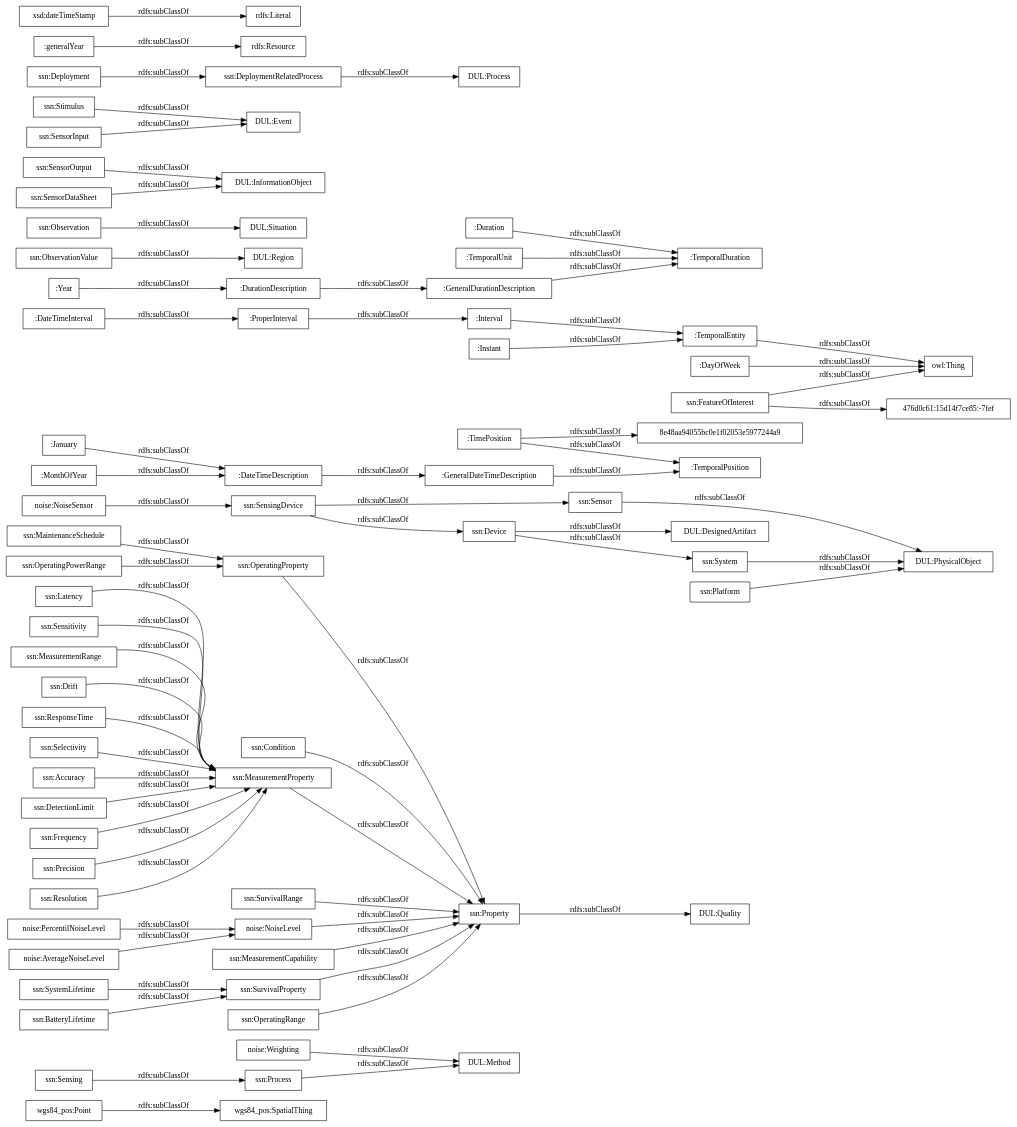
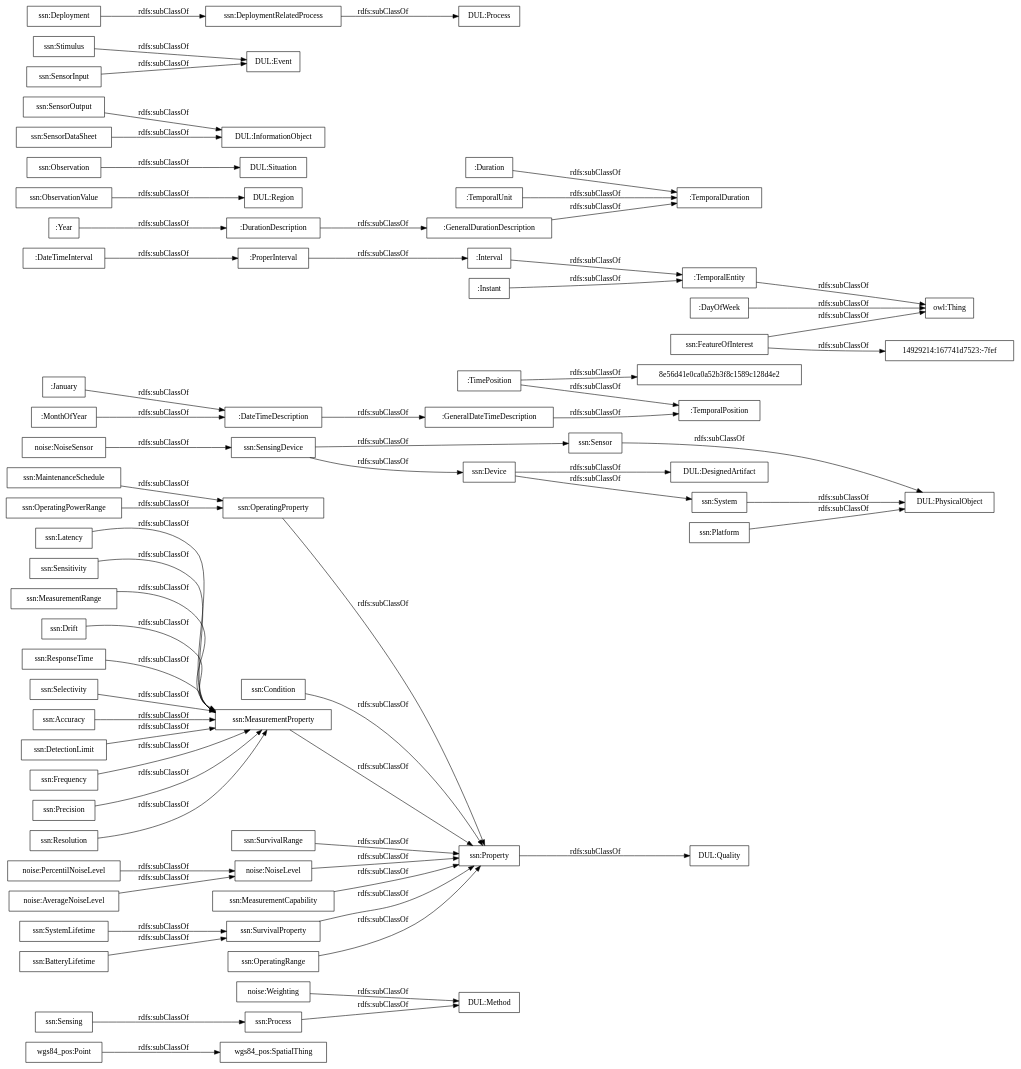
Before and after one commit to opencitydata/vocab-medio-ambiente-contaminacion-acustica: the diagram in OnToology/contaminacion-acustica.owl/diagrams/ar2dtool-taxonomy/contaminacion-acustica.owl.png.dot, drawn with Graphviz. The commit also changed 13 other files, not shown here.

```diff
--- a/OnToology/contaminacion-acustica.owl/diagrams/ar2dtool-taxonomy/contaminacion-acustica.owl.png.dot
+++ b/OnToology/contaminacion-acustica.owl/diagrams/ar2dtool-taxonomy/contaminacion-acustica.owl.png.dot
@@ -1,73 +1,71 @@
 digraph ar2dtool_diagram { 
 rankdir=LR;
 size="1000"
-node [shape = rectangle, color="black"]; "wgs84_pos:SpatialThing" "wgs84_pos:Point" "noise:Weighting" "noise:PercentilNoiseLevel" "noise:NoiseSensor" "noise:NoiseLevel" "noise:AverageNoiseLevel" ":GeneralDateTimeDescription" ":DateTimeInterval" ":DurationDescription" "8e48aa94055bc0e1f02053e5977244a9" ":TemporalDuration" ":Duration" ":GeneralDurationDescription" ":January" ":ProperInterval" ":TimePosition" ":TemporalPosition" ":Interval" ":TemporalEntity" ":Year" ":MonthOfYear" ":DateTimeDescription" ":TemporalUnit" ":Instant" ":DayOfWeek" "ssn:Accuracy" "ssn:DetectionLimit" "ssn:Frequency" "ssn:Condition" "DUL:Region" "DUL:Situation" "DUL:PhysicalObject" "ssn:SensorOutput" "ssn:Precision" "ssn:Resolution" "DUL:Quality" "ssn:FeatureOfInterest" "ssn:Sensor" "DUL:InformationObject" "476d0c61:15d14f7ce85:-7fef" "ssn:OperatingProperty" "DUL:Event" "ssn:OperatingPowerRange" "DUL:Method" "ssn:MaintenanceSchedule" "ssn:Sensing" "ssn:Latency" "ssn:SurvivalRange" "ssn:SensingDevice" "DUL:DesignedArtifact" "ssn:Sensitivity" "ssn:Stimulus" "DUL:Process" "ssn:MeasurementRange" "ssn:System" "ssn:SystemLifetime" "ssn:Property" "ssn:MeasurementProperty" "ssn:Process" "ssn:Deployment" "ssn:MeasurementCapability" "ssn:BatteryLifetime" "ssn:Drift" "ssn:DeploymentRelatedProcess" "ssn:SensorInput" "ssn:ResponseTime" "ssn:ObservationValue" "ssn:SensorDataSheet" "ssn:Observation" "ssn:Selectivity" "ssn:SurvivalProperty" "ssn:Device" "ssn:OperatingRange" "ssn:Platform" ; /*classes style*/
+node [shape = rectangle, color="black"]; "wgs84_pos:SpatialThing" "wgs84_pos:Point" "noise:Weighting" "noise:PercentilNoiseLevel" "noise:NoiseSensor" "noise:NoiseLevel" "noise:AverageNoiseLevel" ":GeneralDateTimeDescription" ":DateTimeInterval" ":DurationDescription" ":TemporalDuration" ":Duration" ":GeneralDurationDescription" ":January" ":ProperInterval" ":TimePosition" ":TemporalPosition" ":Interval" ":TemporalEntity" ":Year" "8e56d41e0ca0a52b3f8c1589c128d4e2" ":MonthOfYear" ":DateTimeDescription" ":TemporalUnit" ":Instant" ":DayOfWeek" "ssn:Accuracy" "ssn:DetectionLimit" "ssn:Frequency" "ssn:Condition" "DUL:Region" "DUL:Situation" "DUL:PhysicalObject" "ssn:SensorOutput" "ssn:Precision" "ssn:Resolution" "DUL:Quality" "ssn:FeatureOfInterest" "ssn:Sensor" "DUL:InformationObject" "ssn:OperatingProperty" "DUL:Event" "ssn:OperatingPowerRange" "DUL:Method" "ssn:MaintenanceSchedule" "ssn:Sensing" "ssn:Latency" "ssn:SurvivalRange" "ssn:SensingDevice" "DUL:DesignedArtifact" "ssn:Sensitivity" "ssn:Stimulus" "DUL:Process" "ssn:MeasurementRange" "ssn:System" "ssn:SystemLifetime" "ssn:Property" "ssn:MeasurementProperty" "ssn:Process" "ssn:Deployment" "ssn:MeasurementCapability" "ssn:BatteryLifetime" "ssn:Drift" "ssn:DeploymentRelatedProcess" "ssn:SensorInput" "ssn:ResponseTime" "ssn:ObservationValue" "14929214:167741d7523:-7fef" "ssn:SensorDataSheet" "ssn:Observation" "ssn:Selectivity" "ssn:SurvivalProperty" "ssn:Device" "ssn:OperatingRange" "ssn:Platform" ; /*classes style*/
 	":DateTimeDescription" -> ":GeneralDateTimeDescription" [ label = "rdfs:subClassOf" ];
 	"noise:AverageNoiseLevel" -> "noise:NoiseLevel" [ label = "rdfs:subClassOf" ];
 	"ssn:Deployment" -> "ssn:DeploymentRelatedProcess" [ label = "rdfs:subClassOf" ];
 	"ssn:SensingDevice" -> "ssn:Sensor" [ label = "rdfs:subClassOf" ];
 	"ssn:SensingDevice" -> "ssn:Device" [ label = "rdfs:subClassOf" ];
 	"ssn:DeploymentRelatedProcess" -> "DUL:Process" [ label = "rdfs:subClassOf" ];
 	"ssn:Accuracy" -> "ssn:MeasurementProperty" [ label = "rdfs:subClassOf" ];
 	":Instant" -> ":TemporalEntity" [ label = "rdfs:subClassOf" ];
 	"ssn:FeatureOfInterest" -> "owl:Thing" [ label = "rdfs:subClassOf" ];
-	"ssn:FeatureOfInterest" -> "476d0c61:15d14f7ce85:-7fef" [ label = "rdfs:subClassOf" ];
+	"ssn:FeatureOfInterest" -> "14929214:167741d7523:-7fef" [ label = "rdfs:subClassOf" ];
 	"ssn:Latency" -> "ssn:MeasurementProperty" [ label = "rdfs:subClassOf" ];
 	"ssn:Process" -> "DUL:Method" [ label = "rdfs:subClassOf" ];
 	"noise:Weighting" -> "DUL:Method" [ label = "rdfs:subClassOf" ];
 	":ProperInterval" -> ":Interval" [ label = "rdfs:subClassOf" ];
 	"ssn:Property" -> "DUL:Quality" [ label = "rdfs:subClassOf" ];
 	"ssn:MeasurementProperty" -> "ssn:Property" [ label = "rdfs:subClassOf" ];
 	"wgs84_pos:Point" -> "wgs84_pos:SpatialThing" [ label = "rdfs:subClassOf" ];
 	":MonthOfYear" -> ":DateTimeDescription" [ label = "rdfs:subClassOf" ];
 	"ssn:ResponseTime" -> "ssn:MeasurementProperty" [ label = "rdfs:subClassOf" ];
 	"ssn:OperatingRange" -> "ssn:Property" [ label = "rdfs:subClassOf" ];
 	"noise:NoiseLevel" -> "ssn:Property" [ label = "rdfs:subClassOf" ];
 	"ssn:MeasurementRange" -> "ssn:MeasurementProperty" [ label = "rdfs:subClassOf" ];
 	"ssn:Stimulus" -> "DUL:Event" [ label = "rdfs:subClassOf" ];
 	":Duration" -> ":TemporalDuration" [ label = "rdfs:subClassOf" ];
 	"ssn:SurvivalProperty" -> "ssn:Property" [ label = "rdfs:subClassOf" ];
 	"ssn:MaintenanceSchedule" -> "ssn:OperatingProperty" [ label = "rdfs:subClassOf" ];
 	"ssn:SensorInput" -> "DUL:Event" [ label = "rdfs:subClassOf" ];
-	":TimePosition" -> "8e48aa94055bc0e1f02053e5977244a9" [ label = "rdfs:subClassOf" ];
+	":TimePosition" -> "8e56d41e0ca0a52b3f8c1589c128d4e2" [ label = "rdfs:subClassOf" ];
 	":TimePosition" -> ":TemporalPosition" [ label = "rdfs:subClassOf" ];
 	":TemporalEntity" -> "owl:Thing" [ label = "rdfs:subClassOf" ];
 	"ssn:Sensitivity" -> "ssn:MeasurementProperty" [ label = "rdfs:subClassOf" ];
 	"ssn:Drift" -> "ssn:MeasurementProperty" [ label = "rdfs:subClassOf" ];
 	"ssn:System" -> "DUL:PhysicalObject" [ label = "rdfs:subClassOf" ];
 	":GeneralDurationDescription" -> ":TemporalDuration" [ label = "rdfs:subClassOf" ];
 	"ssn:Resolution" -> "ssn:MeasurementProperty" [ label = "rdfs:subClassOf" ];
 	"ssn:Precision" -> "ssn:MeasurementProperty" [ label = "rdfs:subClassOf" ];
 	"noise:PercentilNoiseLevel" -> "noise:NoiseLevel" [ label = "rdfs:subClassOf" ];
 	"ssn:DetectionLimit" -> "ssn:MeasurementProperty" [ label = "rdfs:subClassOf" ];
 	":DateTimeInterval" -> ":ProperInterval" [ label = "rdfs:subClassOf" ];
 	"ssn:Sensor" -> "DUL:PhysicalObject" [ label = "rdfs:subClassOf" ];
 	"ssn:SensorDataSheet" -> "DUL:InformationObject" [ label = "rdfs:subClassOf" ];
 	"ssn:OperatingPowerRange" -> "ssn:OperatingProperty" [ label = "rdfs:subClassOf" ];
 	"noise:NoiseSensor" -> "ssn:SensingDevice" [ label = "rdfs:subClassOf" ];
 	":Interval" -> ":TemporalEntity" [ label = "rdfs:subClassOf" ];
 	":GeneralDateTimeDescription" -> ":TemporalPosition" [ label = "rdfs:subClassOf" ];
 	":January" -> ":DateTimeDescription" [ label = "rdfs:subClassOf" ];
 	"ssn:ObservationValue" -> "DUL:Region" [ label = "rdfs:subClassOf" ];
 	":DayOfWeek" -> "owl:Thing" [ label = "rdfs:subClassOf" ];
 	"ssn:Device" -> "DUL:DesignedArtifact" [ label = "rdfs:subClassOf" ];
 	"ssn:Device" -> "ssn:System" [ label = "rdfs:subClassOf" ];
 	"ssn:Platform" -> "DUL:PhysicalObject" [ label = "rdfs:subClassOf" ];
 	":Year" -> ":DurationDescription" [ label = "rdfs:subClassOf" ];
 	":DurationDescription" -> ":GeneralDurationDescription" [ label = "rdfs:subClassOf" ];
 	"ssn:OperatingProperty" -> "ssn:Property" [ label = "rdfs:subClassOf" ];
-	":generalYear" -> "rdfs:Resource" [ label = "rdfs:subClassOf" ];
 	"ssn:Selectivity" -> "ssn:MeasurementProperty" [ label = "rdfs:subClassOf" ];
 	"ssn:BatteryLifetime" -> "ssn:SurvivalProperty" [ label = "rdfs:subClassOf" ];
 	":TemporalUnit" -> ":TemporalDuration" [ label = "rdfs:subClassOf" ];
 	"ssn:Observation" -> "DUL:Situation" [ label = "rdfs:subClassOf" ];
 	"ssn:Sensing" -> "ssn:Process" [ label = "rdfs:subClassOf" ];
 	"ssn:SystemLifetime" -> "ssn:SurvivalProperty" [ label = "rdfs:subClassOf" ];
 	"ssn:SurvivalRange" -> "ssn:Property" [ label = "rdfs:subClassOf" ];
 	"ssn:Frequency" -> "ssn:MeasurementProperty" [ label = "rdfs:subClassOf" ];
 	"ssn:SensorOutput" -> "DUL:InformationObject" [ label = "rdfs:subClassOf" ];
 	"ssn:Condition" -> "ssn:Property" [ label = "rdfs:subClassOf" ];
-	"xsd:dateTimeStamp" -> "rdfs:Literal" [ label = "rdfs:subClassOf" ];
 	"ssn:MeasurementCapability" -> "ssn:Property" [ label = "rdfs:subClassOf" ];
 
 }
```
